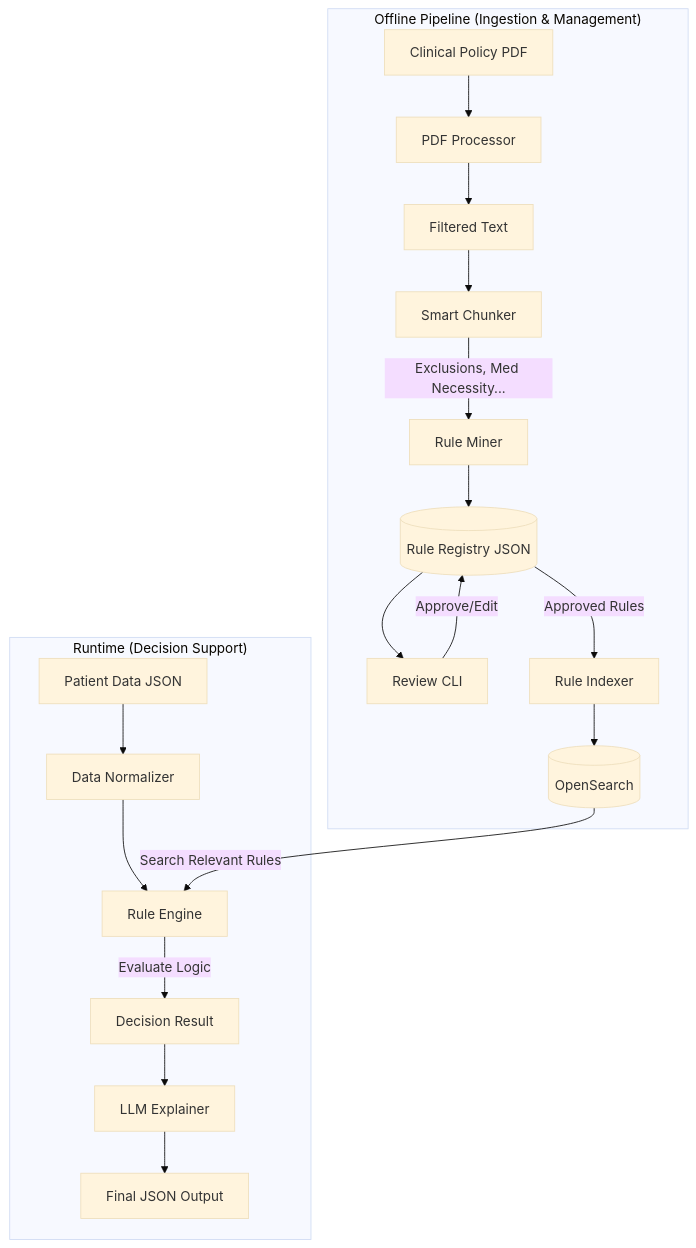
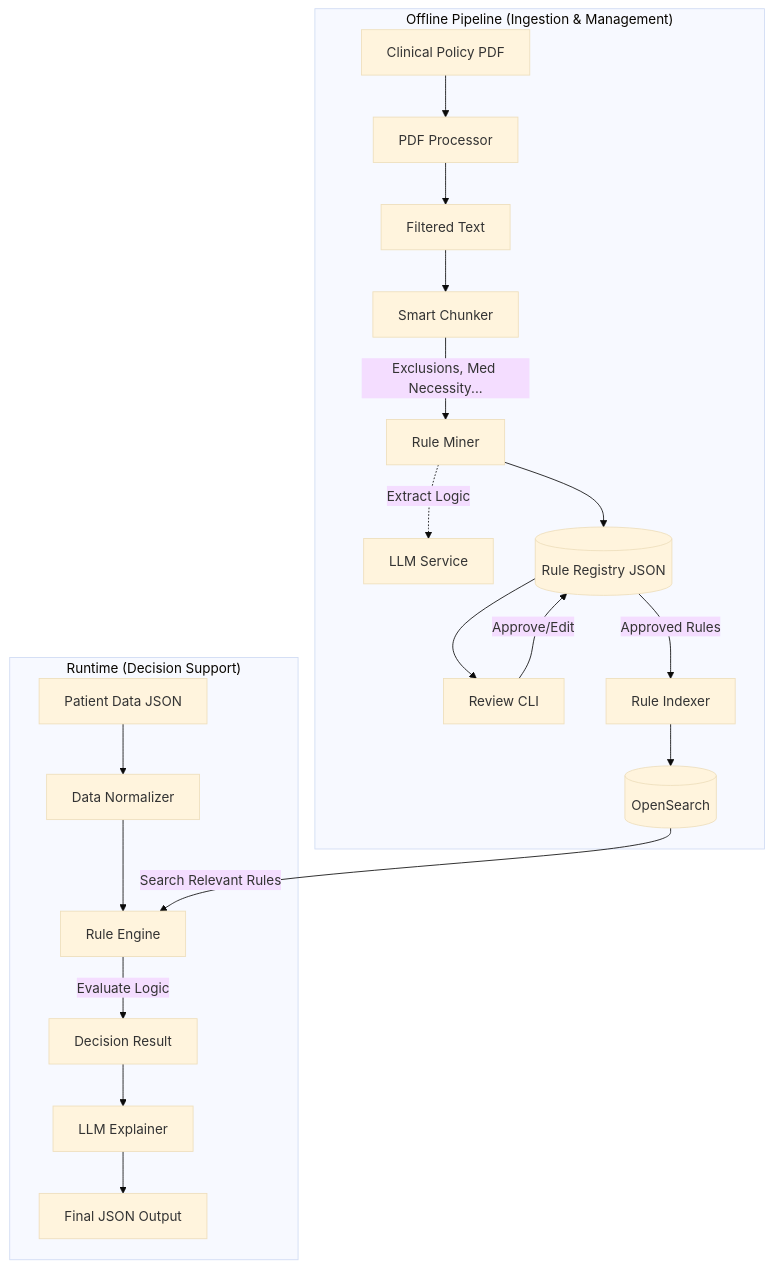
One commit to kalaivanigunasekaran81/PolicyMatcher_PA changed the diagram in system_design.md. Above: the diagram before and after it, drawn with Mermaid (base theme). The commit also changed other lines of this file and 4 other files, not shown here.

````diff
--- a/system_design.md
+++ b/system_design.md
@@ -7,26 +7,27 @@
 ```mermaid
 graph TD
     subgraph "Offline Pipeline (Ingestion & Management)"
         PDF[Clinical Policy PDF] --> Processor[PDF Processor]
         Processor --> Text[Filtered Text]
         Text --> Chunker[Smart Chunker]
         Chunker -->|Exclusions, Med Necessity...| Mining[Rule Miner]
+        Mining -.->|Extract Logic| LLM[LLM Service]
         Mining --> RegistryDB[(Rule Registry JSON)]
         
         RegistryDB --> ReviewCLI[Review CLI]
         ReviewCLI -->|Approve/Edit| RegistryDB
         
         RegistryDB -->|Approved Rules| Indexer[Rule Indexer]
         Indexer --> VectorDB[(OpenSearch)]
     end
 
     subgraph "Runtime (Decision Support)"
         Patient[Patient Data JSON] --> Normalizer[Data Normalizer]
         Normalizer --> Engine[Rule Engine]
         
         VectorDB -->|Search Relevant Rules| Engine
         Engine -->|Evaluate Logic| Decision[Decision Result]
         Decision --> Explainer[LLM Explainer]
         Explainer --> FinalResponse[Final JSON Output]
     end
 ```
````
